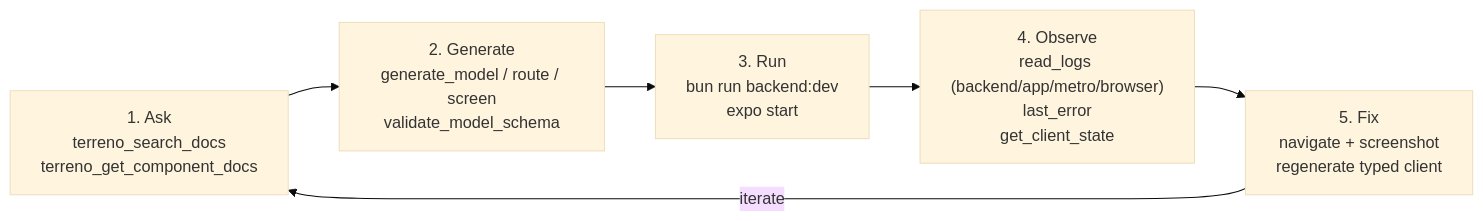
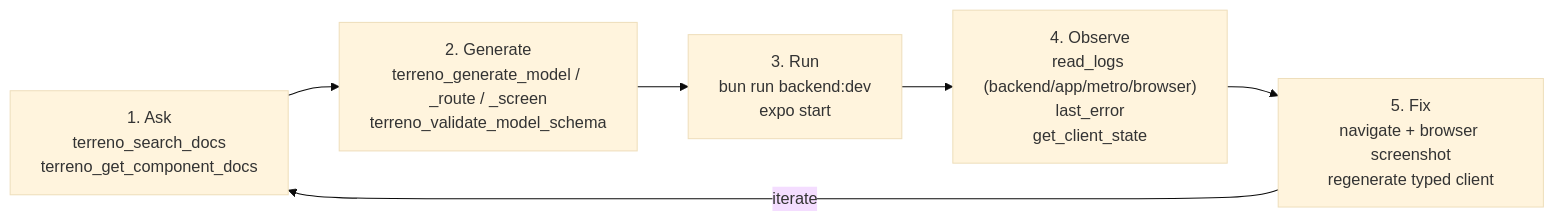
The diagram in docs/implementationPlans/ai-dev-loop-boost.md (TerrenoLabs/terreno), drawn with Mermaid (base theme) before and after one commit. The commit also changed other lines of this file and 1 other file, not shown here.

````diff
--- a/docs/implementationPlans/ai-dev-loop-boost.md
+++ b/docs/implementationPlans/ai-dev-loop-boost.md
@@ -43,10 +43,10 @@
 ```mermaid
 flowchart LR
   ASK["1. Ask<br/>terreno_search_docs<br/>terreno_get_component_docs"]
-  GEN["2. Generate<br/>generate_model / route / screen<br/>validate_model_schema"]
+  GEN["2. Generate<br/>terreno_generate_model / _route / _screen<br/>terreno_validate_model_schema"]
   RUN["3. Run<br/>bun run backend:dev<br/>expo start"]
   OBS["4. Observe<br/>read_logs (backend/app/metro/browser)<br/>last_error<br/>get_client_state"]
-  FIX["5. Fix<br/>navigate + screenshot<br/>regenerate typed client"]
+  FIX["5. Fix<br/>navigate + browser screenshot<br/>regenerate typed client"]
   ASK --> GEN --> RUN --> OBS --> FIX
   FIX -->|"iterate"| ASK
 ```
````
